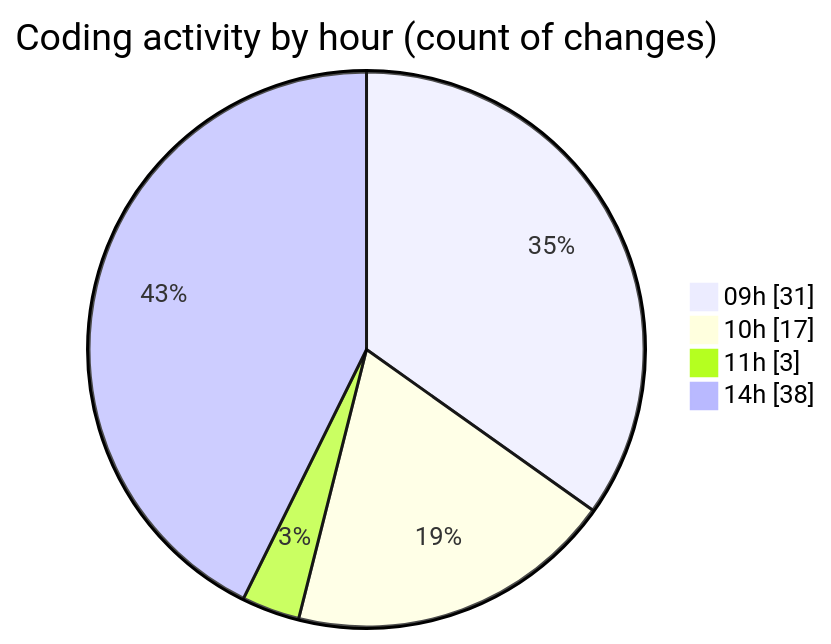
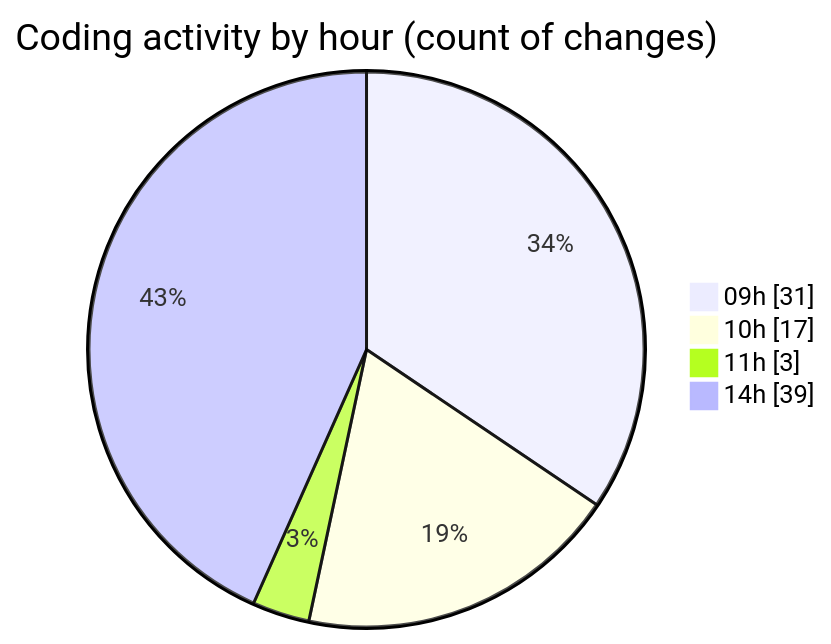
The second of 2 diagrams in 2025-03-05/termonied_testador/README.md (robertbonfada/code-tracking), drawn with Mermaid before and after one commit. The commit also changed other lines of this file and 1 other file, not shown here.

````diff
--- a/2025-03-05/termonied_testador/README.md
+++ b/2025-03-05/termonied_testador/README.md
@@ -41,8 +41,8 @@
 ```mermaid
 pie showData
 title Coding activity by hour (count of changes)
 "09h" : 31
 "10h" : 17
 "11h" : 3
-"14h" : 38
+"14h" : 39
 ```
````
